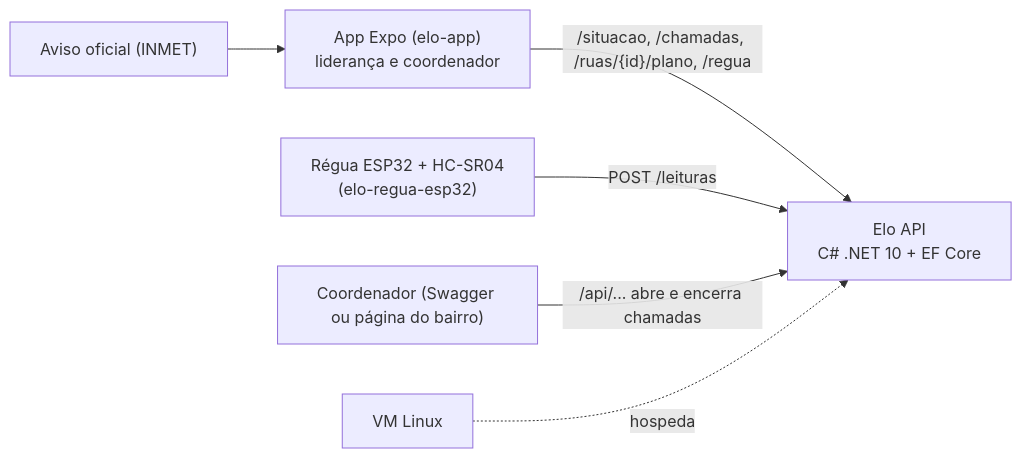
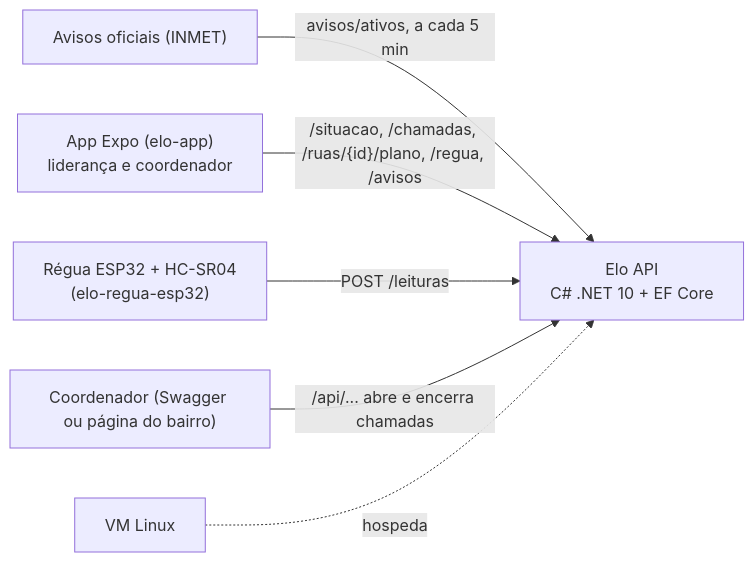
The first of 3 diagrams in README.md (Elo-Fiap/elo-api-csharp), drawn with Mermaid before and after one commit. The commit also changed other lines of this file and 27 other files, not shown here.

First line of the commit message:
Adiciona GET /avisos com os avisos do INMET filtrados por município

````diff
--- a/README.md
+++ b/README.md
@@ -59,8 +60,8 @@
 ```mermaid
 flowchart LR
-    INMET["Aviso oficial (INMET)"] --> APP
-    APP["App Expo (elo-app)<br/>liderança e coordenador"] -- "/situacao, /chamadas, /ruas/{id}/plano, /regua" --> API["Elo API<br/>C# .NET 10 + EF Core"]
+    INMET["Avisos oficiais (INMET)"] -- "avisos/ativos, a cada 5 min" --> API
+    APP["App Expo (elo-app)<br/>liderança e coordenador"] -- "/situacao, /chamadas, /ruas/{id}/plano, /regua, /avisos" --> API["Elo API<br/>C# .NET 10 + EF Core"]
     ESP["Régua ESP32 + HC-SR04<br/>(elo-regua-esp32)"] -- "POST /leituras" --> API
     COORD["Coordenador (Swagger ou página do bairro)"] -- "/api/... abre e encerra chamadas" --> API
     VM["VM Linux"] -. "hospeda" .-> API
 ```
````
